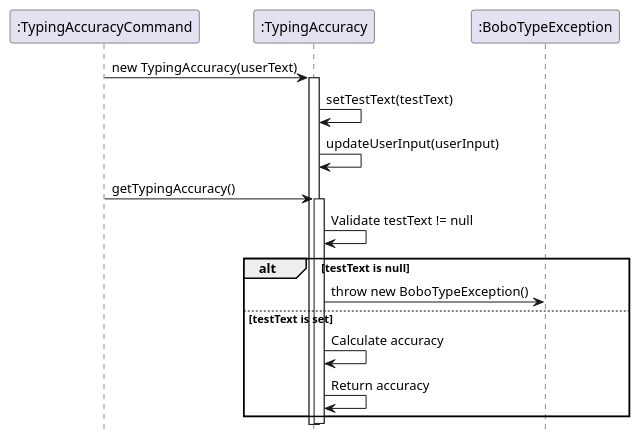
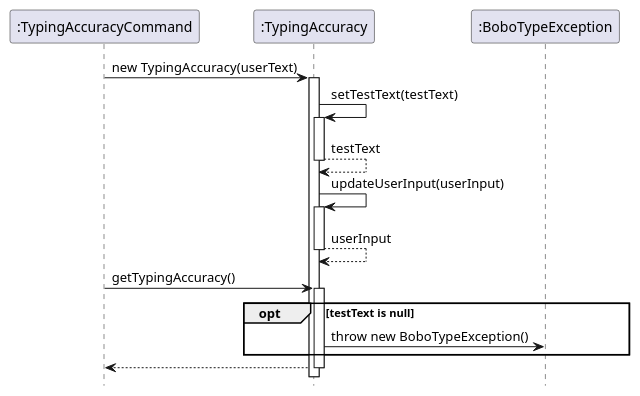
One commit to AY2425S2-CS2113-F13-2/tp changed the diagram in docs/diagrams/TypingAccuracySequenceDiagram.puml. Above: the diagram before and after it, drawn with PlantUML. The commit also changed 5 other files, not shown here.

Commit message:
Update TypingAccuracy sequence diagram

```diff
--- a/docs/diagrams/TypingAccuracySequenceDiagram.puml
+++ b/docs/diagrams/TypingAccuracySequenceDiagram.puml
@@ -1,23 +1,23 @@
 @startuml
 hide footbox
 participant ":TypingAccuracyCommand" as TypingAccuracyCommand
 participant ":TypingAccuracy" as TypingAccuracy
 participant ":BoboTypeException" as BoboTypeException
 
 TypingAccuracyCommand -> TypingAccuracy : new TypingAccuracy(userText)
 activate TypingAccuracy
-TypingAccuracy -> TypingAccuracy : setTestText(testText)
-TypingAccuracy -> TypingAccuracy : updateUserInput(userInput)
-TypingAccuracyCommand -> TypingAccuracy : getTypingAccuracy()
-activate TypingAccuracy
+TypingAccuracy -> TypingAccuracy ++: setTestText(testText)
+return testText
+TypingAccuracy -> TypingAccuracy ++ : updateUserInput(userInput)
+return userInput
+TypingAccuracyCommand -> TypingAccuracy ++ : getTypingAccuracy()
 
-TypingAccuracy -> TypingAccuracy : Validate testText != null
-alt testText is null
+
+opt testText is null
     TypingAccuracy -> BoboTypeException : throw new BoboTypeException()
-else testText is set
-    TypingAccuracy -> TypingAccuracy : Calculate accuracy
-    TypingAccuracy -> TypingAccuracy : Return accuracy
 end
+
+TypingAccuracy --> TypingAccuracyCommand
 
 deactivate TypingAccuracy
 @enduml
```
